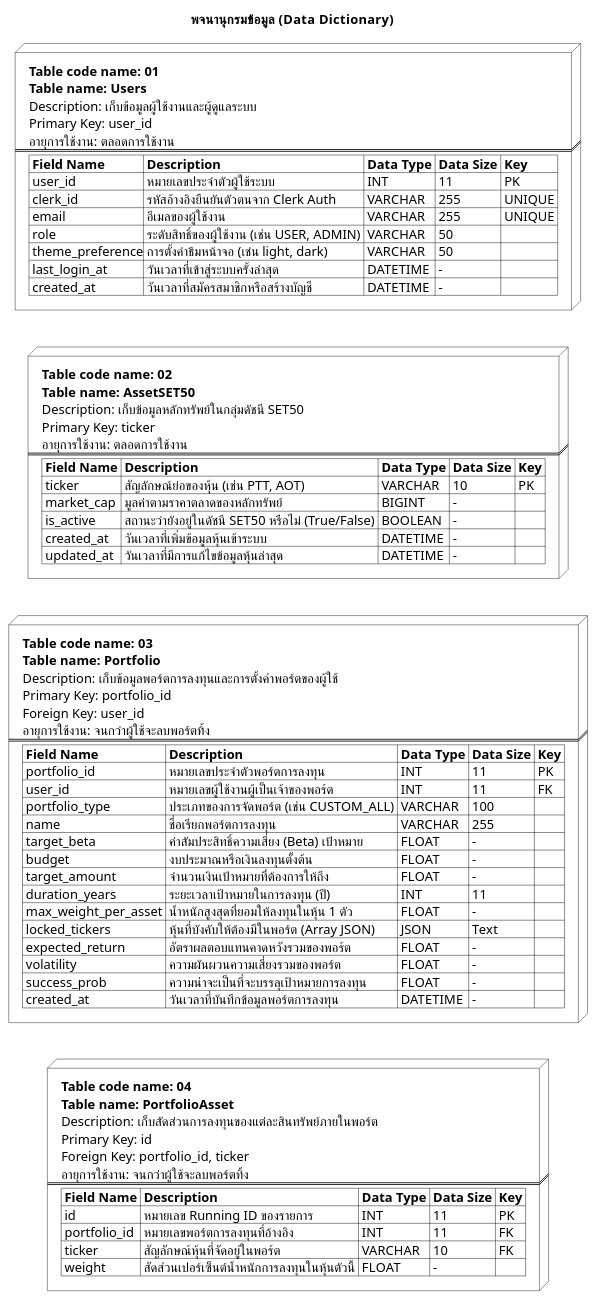
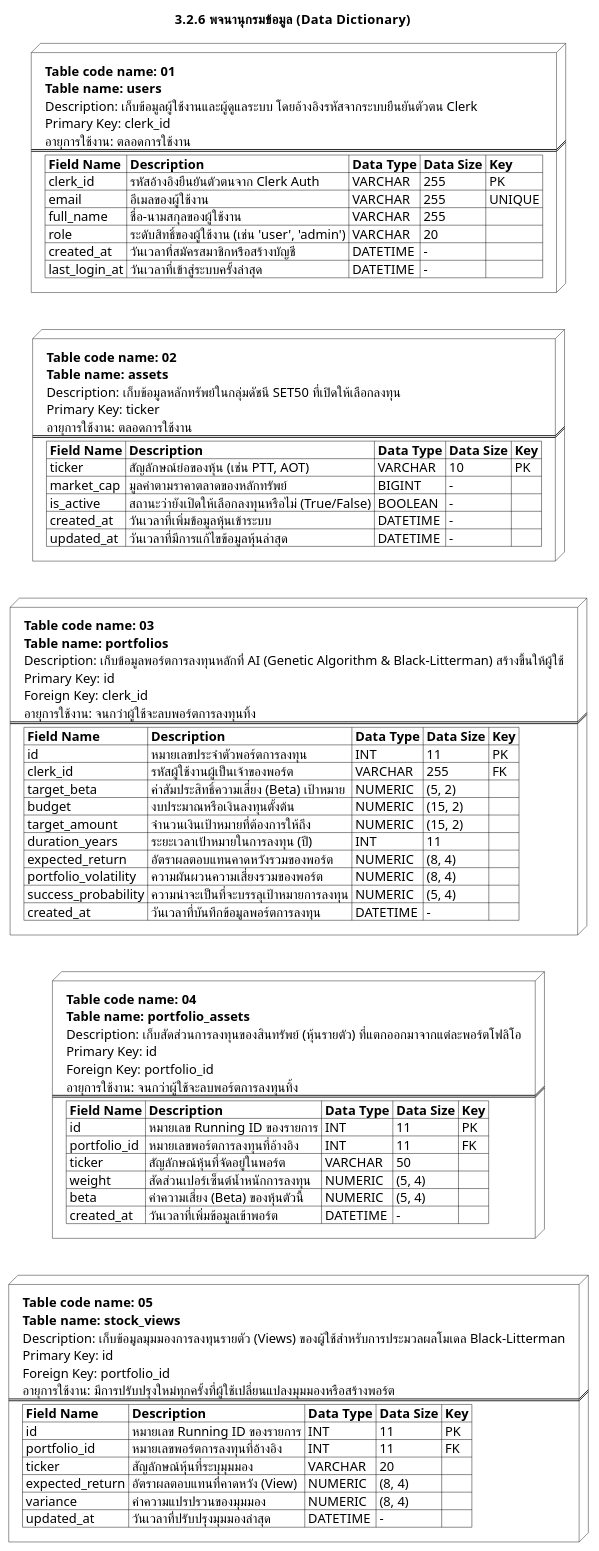
Before and after one commit to Anatta-at/my-portfolio-app: the diagram in docs/diagrams/plantuml_source/plantuml_data_dictionary.md, drawn with PlantUML. The commit also changed 8 other files, not shown here.

Commit message:
docs: Update Class Diagram and ER Diagrams (Crow's Foot, Chen's Notation) to match latest Data Dictionary

````diff
--- a/docs/diagrams/plantuml_source/plantuml_data_dictionary.md
+++ b/docs/diagrams/plantuml_source/plantuml_data_dictionary.md
@@ -11,83 +11,98 @@
 skinparam ranksep 40
 skinparam nodeBackgroundColor white
 
-title พจนานุกรมข้อมูล (Data Dictionary)
+title 3.2.6 พจนานุกรมข้อมูล (Data Dictionary)
 
-node Users [
+node users [
 **Table code name: 01**
-**Table name: Users**
-Description: เก็บข้อมูลผู้ใช้งานและผู้ดูแลระบบ
-Primary Key: user_id
+**Table name: users**
+Description: เก็บข้อมูลผู้ใช้งานและผู้ดูแลระบบ โดยอ้างอิงรหัสจากระบบยืนยันตัวตน Clerk
+Primary Key: clerk_id
 อายุการใช้งาน: ตลอดการใช้งาน
 ====
 |= Field Name |= Description |= Data Type |= Data Size |= Key |
-| user_id | หมายเลขประจำตัวผู้ใช้ระบบ | INT | 11 | PK |
-| clerk_id | รหัสอ้างอิงยืนยันตัวตนจาก Clerk Auth | VARCHAR | 255 | UNIQUE |
+| clerk_id | รหัสอ้างอิงยืนยันตัวตนจาก Clerk Auth | VARCHAR | 255 | PK |
 | email | อีเมลของผู้ใช้งาน | VARCHAR | 255 | UNIQUE |
-| role | ระดับสิทธิ์ของผู้ใช้งาน (เช่น USER, ADMIN) | VARCHAR | 50 | |
-| theme_preference| การตั้งค่าธีมหน้าจอ (เช่น light, dark) | VARCHAR | 50 | |
+| full_name | ชื่อ-นามสกุลของผู้ใช้งาน | VARCHAR | 255 | |
+| role | ระดับสิทธิ์ของผู้ใช้งาน (เช่น 'user', 'admin') | VARCHAR | 20 | |
+| created_at | วันเวลาที่สมัครสมาชิกหรือสร้างบัญชี | DATETIME | - | |
 | last_login_at | วันเวลาที่เข้าสู่ระบบครั้งล่าสุด | DATETIME | - | |
-| created_at | วันเวลาที่สมัครสมาชิกหรือสร้างบัญชี | DATETIME | - | |
 ]
 
-node AssetSET50 [
+node assets [
 **Table code name: 02**
-**Table name: AssetSET50**
-Description: เก็บข้อมูลหลักทรัพย์ในกลุ่มดัชนี SET50
+**Table name: assets**
+Description: เก็บข้อมูลหลักทรัพย์ในกลุ่มดัชนี SET50 ที่เปิดให้เลือกลงทุน
 Primary Key: ticker
 อายุการใช้งาน: ตลอดการใช้งาน
 ====
 |= Field Name |= Description |= Data Type |= Data Size |= Key |
 | ticker | สัญลักษณ์ย่อของหุ้น (เช่น PTT, AOT) | VARCHAR | 10 | PK |
 | market_cap | มูลค่าตามราคาตลาดของหลักทรัพย์ | BIGINT | - | |
-| is_active | สถานะว่ายังอยู่ในดัชนี SET50 หรือไม่ (True/False) | BOOLEAN | - | |
+| is_active | สถานะว่ายังเปิดให้เลือกลงทุนหรือไม่ (True/False) | BOOLEAN | - | |
 | created_at | วันเวลาที่เพิ่มข้อมูลหุ้นเข้าระบบ | DATETIME | - | |
 | updated_at | วันเวลาที่มีการแก้ไขข้อมูลหุ้นล่าสุด | DATETIME | - | |
 ]
 
-node Portfolio [
+node portfolios [
 **Table code name: 03**
-**Table name: Portfolio**
-Description: เก็บข้อมูลพอร์ตการลงทุนและการตั้งค่าพอร์ตของผู้ใช้
-Primary Key: portfolio_id
-Foreign Key: user_id
-อายุการใช้งาน: จนกว่าผู้ใช้จะลบพอร์ตทิ้ง
+**Table name: portfolios**
+Description: เก็บข้อมูลพอร์ตการลงทุนหลักที่ AI (Genetic Algorithm & Black-Litterman) สร้างขึ้นให้ผู้ใช้
+Primary Key: id
+Foreign Key: clerk_id
+อายุการใช้งาน: จนกว่าผู้ใช้จะลบพอร์ตการลงทุนทิ้ง
 ====
 |= Field Name |= Description |= Data Type |= Data Size |= Key |
-| portfolio_id | หมายเลขประจำตัวพอร์ตการลงทุน | INT | 11 | PK |
-| user_id | หมายเลขผู้ใช้งานผู้เป็นเจ้าของพอร์ต | INT | 11 | FK |
-| portfolio_type| ประเภทของการจัดพอร์ต (เช่น CUSTOM_ALL) | VARCHAR | 100 | |
-| name | ชื่อเรียกพอร์ตการลงทุน | VARCHAR | 255 | |
-| target_beta | ค่าสัมประสิทธิ์ความเสี่ยง (Beta) เป้าหมาย | FLOAT | - | |
-| budget | งบประมาณหรือเงินลงทุนตั้งต้น | FLOAT | - | |
-| target_amount | จำนวนเงินเป้าหมายที่ต้องการให้ถึง | FLOAT | - | |
-| duration_years| ระยะเวลาเป้าหมายในการลงทุน (ปี) | INT | 11 | |
-| max_weight_per_asset | น้ำหนักสูงสุดที่ยอมให้ลงทุนในหุ้น 1 ตัว | FLOAT | - | |
-| locked_tickers| หุ้นที่บังคับให้ต้องมีในพอร์ต (Array JSON) | JSON | Text | |
-| expected_return| อัตราผลตอบแทนคาดหวังรวมของพอร์ต | FLOAT | - | |
-| volatility | ความผันผวนความเสี่ยงรวมของพอร์ต | FLOAT | - | |
-| success_prob | ความน่าจะเป็นที่จะบรรลุเป้าหมายการลงทุน | FLOAT | - | |
+| id | หมายเลขประจำตัวพอร์ตการลงทุน | INT | 11 | PK |
+| clerk_id | รหัสผู้ใช้งานผู้เป็นเจ้าของพอร์ต | VARCHAR | 255 | FK |
+| target_beta | ค่าสัมประสิทธิ์ความเสี่ยง (Beta) เป้าหมาย | NUMERIC | (5, 2) | |
+| budget | งบประมาณหรือเงินลงทุนตั้งต้น | NUMERIC | (15, 2)| |
+| target_amount | จำนวนเงินเป้าหมายที่ต้องการให้ถึง | NUMERIC | (15, 2)| |
+| duration_years | ระยะเวลาเป้าหมายในการลงทุน (ปี) | INT | 11 | |
+| expected_return | อัตราผลตอบแทนคาดหวังรวมของพอร์ต | NUMERIC | (8, 4) | |
+| portfolio_volatility | ความผันผวนความเสี่ยงรวมของพอร์ต | NUMERIC | (8, 4) | |
+| success_probability | ความน่าจะเป็นที่จะบรรลุเป้าหมายการลงทุน | NUMERIC | (5, 4) | |
 | created_at | วันเวลาที่บันทึกข้อมูลพอร์ตการลงทุน | DATETIME | - | |
 ]
 
-node PortfolioAsset [
+node portfolio_assets [
 **Table code name: 04**
-**Table name: PortfolioAsset**
-Description: เก็บสัดส่วนการลงทุนของแต่ละสินทรัพย์ภายในพอร์ต
+**Table name: portfolio_assets**
+Description: เก็บสัดส่วนการลงทุนของสินทรัพย์ (หุ้นรายตัว) ที่แตกออกมาจากแต่ละพอร์ตโฟลิโอ
 Primary Key: id
-Foreign Key: portfolio_id, ticker
-อายุการใช้งาน: จนกว่าผู้ใช้จะลบพอร์ตทิ้ง
+Foreign Key: portfolio_id
+อายุการใช้งาน: จนกว่าผู้ใช้จะลบพอร์ตการลงทุนทิ้ง
 ====
 |= Field Name |= Description |= Data Type |= Data Size |= Key |
 | id | หมายเลข Running ID ของรายการ | INT | 11 | PK |
 | portfolio_id | หมายเลขพอร์ตการลงทุนที่อ้างอิง | INT | 11 | FK |
-| ticker | สัญลักษณ์หุ้นที่จัดอยู่ในพอร์ต | VARCHAR | 10 | FK |
-| weight | สัดส่วนเปอร์เซ็นต์น้ำหนักการลงทุนในหุ้นตัวนี้ | FLOAT | - | |
+| ticker | สัญลักษณ์หุ้นที่จัดอยู่ในพอร์ต | VARCHAR | 50 | |
+| weight | สัดส่วนเปอร์เซ็นต์น้ำหนักการลงทุน | NUMERIC | (5, 4) | |
+| beta | ค่าความเสี่ยง (Beta) ของหุ้นตัวนี้ | NUMERIC | (5, 4) | |
+| created_at | วันเวลาที่เพิ่มข้อมูลเข้าพอร์ต | DATETIME | - | |
 ]
 
-Users -[hidden]down- AssetSET50
-AssetSET50 -[hidden]down- Portfolio
-Portfolio -[hidden]down- PortfolioAsset
+node stock_views [
+**Table code name: 05**
+**Table name: stock_views**
+Description: เก็บข้อมูลมุมมองการลงทุนรายตัว (Views) ของผู้ใช้สำหรับการประมวลผลโมเดล Black-Litterman
+Primary Key: id
+Foreign Key: portfolio_id
+อายุการใช้งาน: มีการปรับปรุงใหม่ทุกครั้งที่ผู้ใช้เปลี่ยนแปลงมุมมองหรือสร้างพอร์ต
+====
+|= Field Name |= Description |= Data Type |= Data Size |= Key |
+| id | หมายเลข Running ID ของรายการ | INT | 11 | PK |
+| portfolio_id | หมายเลขพอร์ตการลงทุนที่อ้างอิง | INT | 11 | FK |
+| ticker | สัญลักษณ์หุ้นที่ระบุมุมมอง | VARCHAR | 20 | |
+| expected_return | อัตราผลตอบแทนที่คาดหวัง (View) | NUMERIC | (8, 4) | |
+| variance | ค่าความแปรปรวนของมุมมอง | NUMERIC | (8, 4) | |
+| updated_at | วันเวลาที่ปรับปรุงมุมมองล่าสุด | DATETIME | - | |
+]
+
+users -[hidden]down- assets
+assets -[hidden]down- portfolios
+portfolios -[hidden]down- portfolio_assets
+portfolio_assets -[hidden]down- stock_views
 
 @enduml
 ```
````
